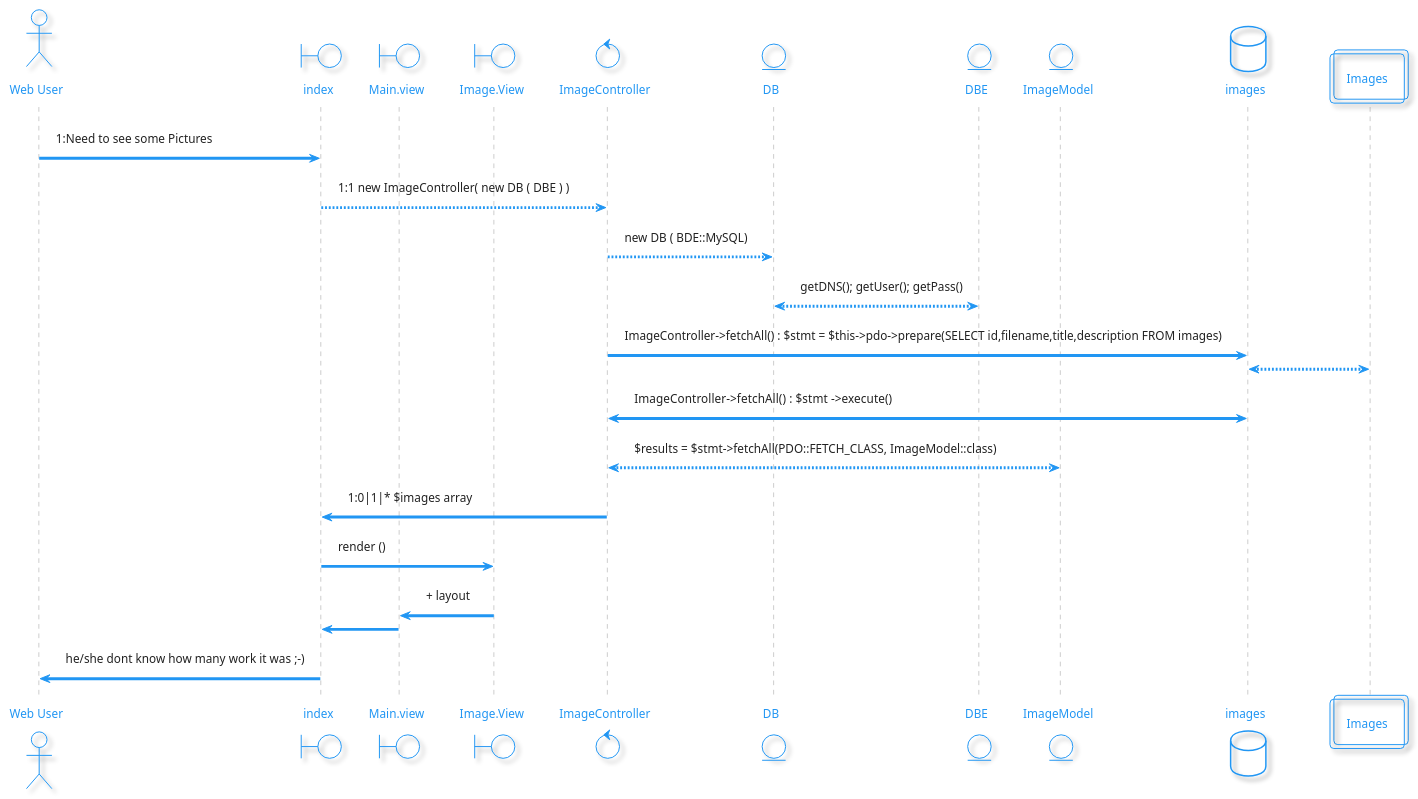
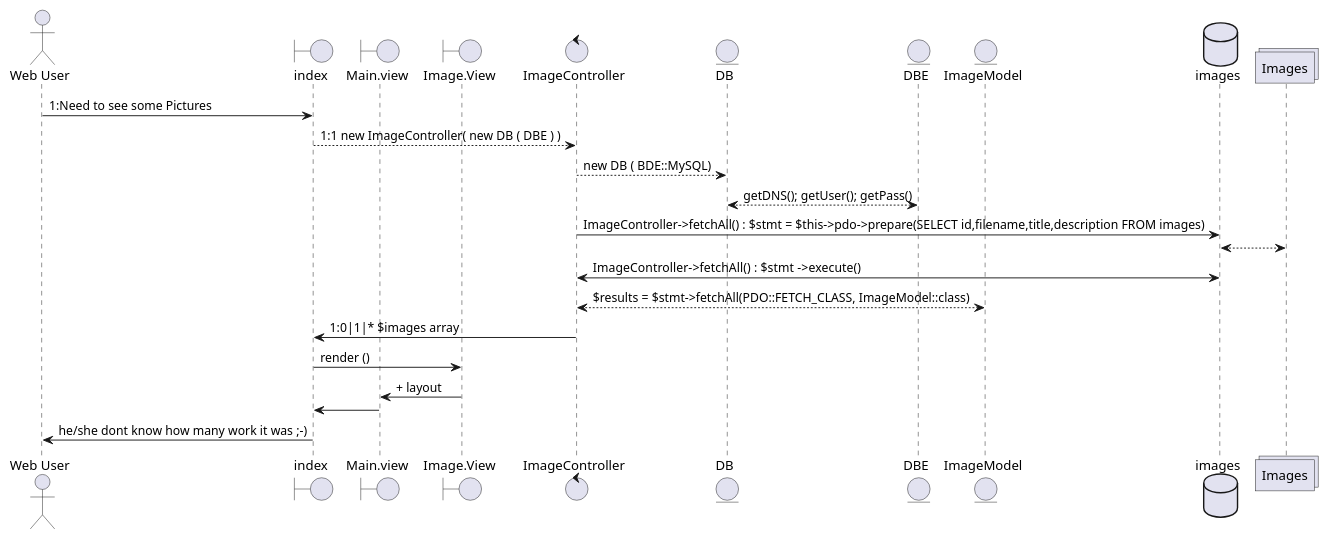
The diagram in out/doc/mvc_seq_dia.plantuml (tonisun/Cologne-Picture-Gallery), drawn with PlantUML before and after one commit. The commit also changed 9 other files, not shown here.

Commit message:
add class diagram

```diff
--- a/out/doc/mvc_seq_dia.plantuml
+++ b/out/doc/mvc_seq_dia.plantuml
@@ -1,38 +1,38 @@
 @startuml
-!theme materia-outline
+
 actor "Web User" as WU
 boundary "index" as i
 boundary "Main.view" as Mv
 boundary "Image.View" as IV
 control "ImageController" as IC
 entity DB
 entity DBE
 entity ImageModel
 database images
 collections Images
 WU -> i: 1:Need to see some Pictures
 
 i --> IC: 1:1 new ImageController( new DB ( DBE ) ) 
 
 IC --> DB : new DB ( BDE::MySQL)
 
 DBE <--> DB: getDNS(); getUser(); getPass()
 
 IC -> images: ImageController->fetchAll() : $stmt = $this->pdo->prepare(SELECT id,filename,title,description FROM images)
 
 images <-->Images:
 
 images <-> IC: ImageController->fetchAll() :  $stmt ->execute() 
 
 IC <--> ImageModel : $results = $stmt->fetchAll(PDO::FETCH_CLASS, ImageModel::class)
 
 IC -> i : 1:0|1|* $images array
 
 i -> IV: render ()
 
 IV -> Mv: + layout
 
 Mv -> i
 
 i -> WU: he/she dont know how many work it was ;-)
 @enduml
```
